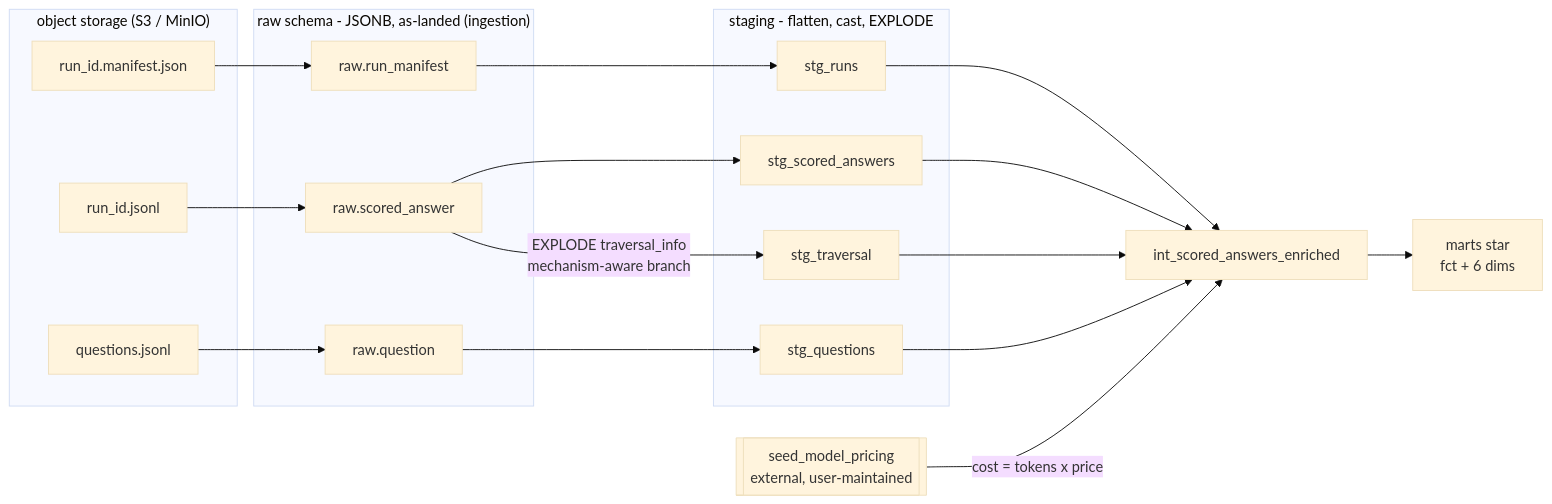
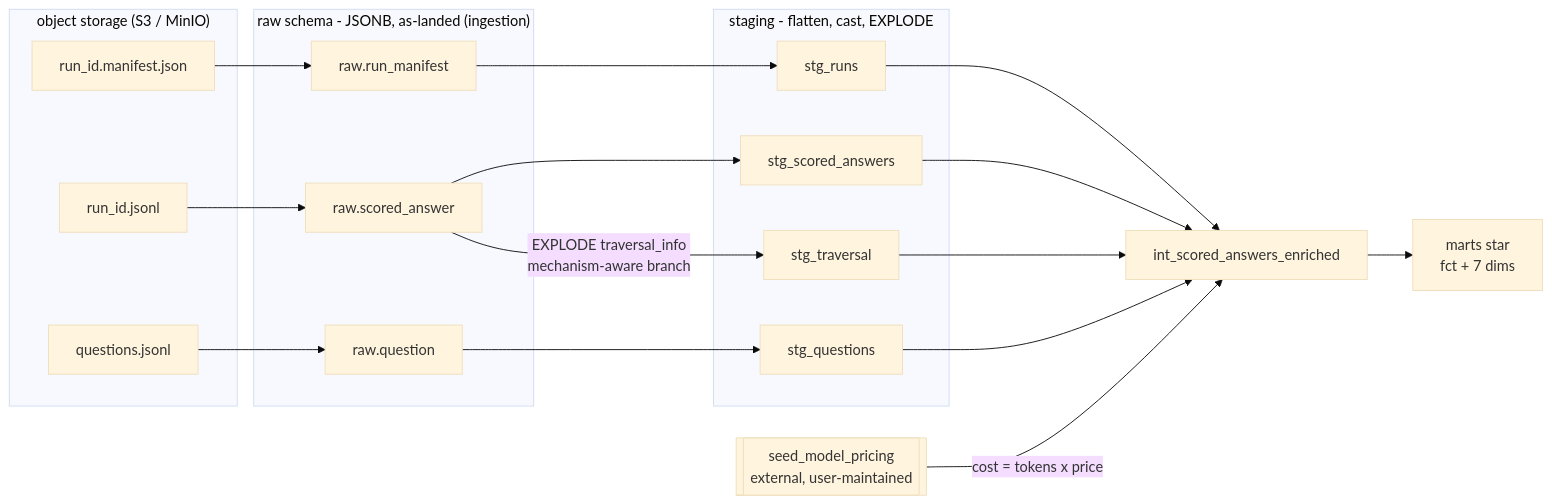
Before and after one commit to joseph-higaki/rag-bench-analytics: the fourth of 4 diagrams in README.md, drawn with Mermaid (base theme). The commit also changed other lines of this file and 38 other files, not shown here.

````diff
--- a/README.md
+++ b/README.md
@@ -550,42 +467,42 @@
 ```mermaid
 flowchart LR
     subgraph S3["object storage (S3 / MinIO)"]
         f1["run_id.manifest.json"]
         f2["run_id.jsonl"]
         f3["questions.jsonl"]
     end
 
     subgraph RAW["raw schema - JSONB, as-landed (ingestion)"]
         r1[raw.run_manifest]
         r2[raw.scored_answer]
         r3[raw.question]
     end
 
     subgraph STG["staging - flatten, cast, EXPLODE"]
         s1[stg_runs]
         s2[stg_scored_answers]
         s3[stg_traversal]
         s4[stg_questions]
     end
 
     SEED[["seed_model_pricing<br/>external, user-maintained"]]
     INT[int_scored_answers_enriched]
-    M["marts star<br/>fct + 6 dims"]
+    M["marts star<br/>fct + 7 dims"]
 
     f1 --> r1
     f2 --> r2
     f3 --> r3
 
     r1 --> s1
     r2 --> s2
     r2 -->|"EXPLODE traversal_info<br/>mechanism-aware branch"| s3
     r3 --> s4
 
     s1 --> INT
     s2 --> INT
     s3 --> INT
     s4 --> INT
     SEED -->|"cost = tokens x price"| INT
 
     INT --> M
 ```
````
